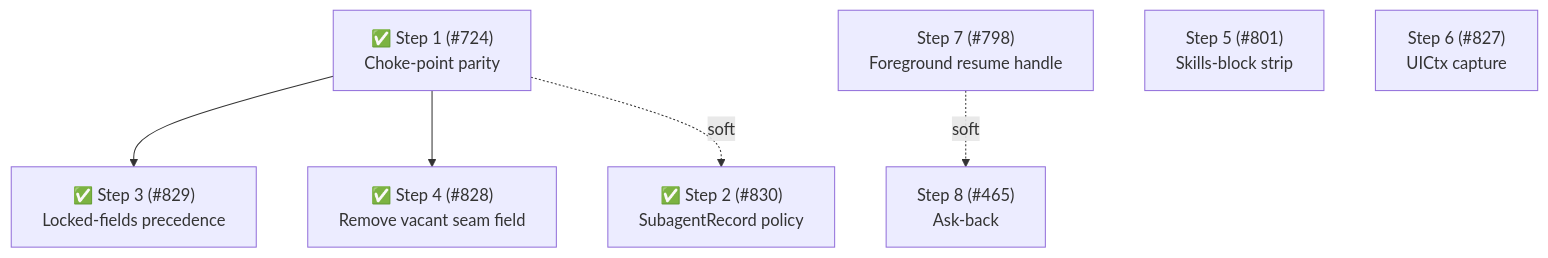
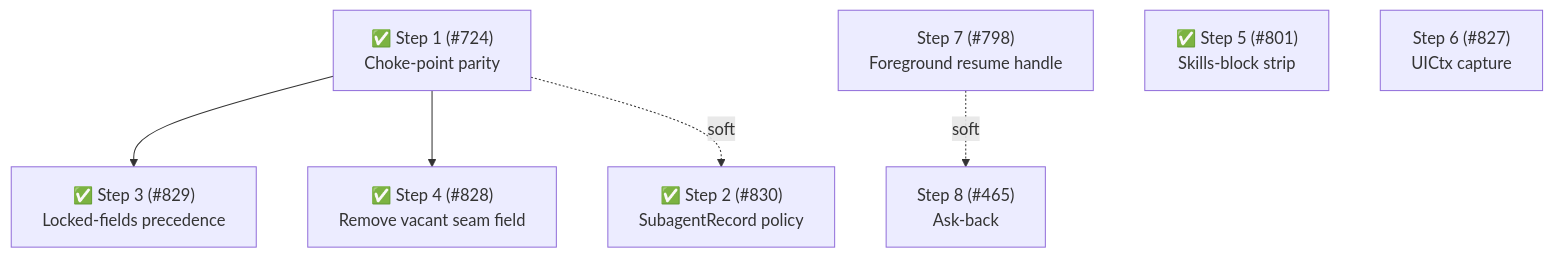
One commit to gotgenes/pi-packages changed the sixth of 6 diagrams in packages/pi-subagents/docs/architecture/architecture.md. Above: the diagram before and after it, drawn with Mermaid. The commit also changed other lines of this file, not shown here.

First line of the commit message:
docs(pi-subagents): mark Phase 22 Step 5 complete

````diff
--- a/packages/pi-subagents/docs/architecture/architecture.md
+++ b/packages/pi-subagents/docs/architecture/architecture.md
@@ -928,9 +935,9 @@
 ```mermaid
 flowchart TD
     S1["✅ Step 1 (#724)<br/>Choke-point parity"] --> S3["✅ Step 3 (#829)<br/>Locked-fields precedence"]
     S1 --> S4["✅ Step 4 (#828)<br/>Remove vacant seam field"]
     S1 -.soft.-> S2["✅ Step 2 (#830)<br/>SubagentRecord policy"]
     S7["Step 7 (#798)<br/>Foreground resume handle"] -.soft.-> S8["Step 8 (#465)<br/>Ask-back"]
-    S5["Step 5 (#801)<br/>Skills-block strip"]
+    S5["✅ Step 5 (#801)<br/>Skills-block strip"]
     S6["Step 6 (#827)<br/>UICtx capture"]
 ```
````
